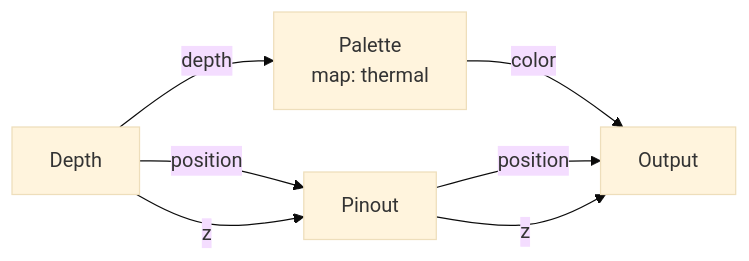
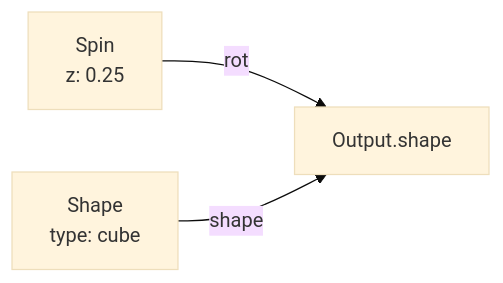
One commit to AristidesAI/Points changed the second of 3 diagrams in docs/getting-started.md. Above: the diagram before and after it, drawn with Mermaid (base theme). The commit also changed other lines of this file and 127 other files, not shown here.

````diff
--- a/docs/getting-started.md
+++ b/docs/getting-started.md
@@ -58,9 +112,5 @@
 ```mermaid
 graph LR
-    D[Depth] -->|depth| PAL[Palette<br/>map: thermal]
-    PAL -->|color| O[Output]
-    D -->|position| PI[Pinout]
-    D -->|z| PI
-    PI -->|position| O
-    PI -->|z| O
+    spin[Spin<br/>z: 0.25] -->|"rot"| output[Output.rotation]
+    shape[Shape<br/>type: cube] -->|"shape"| output[Output.shape]
 ```
````
